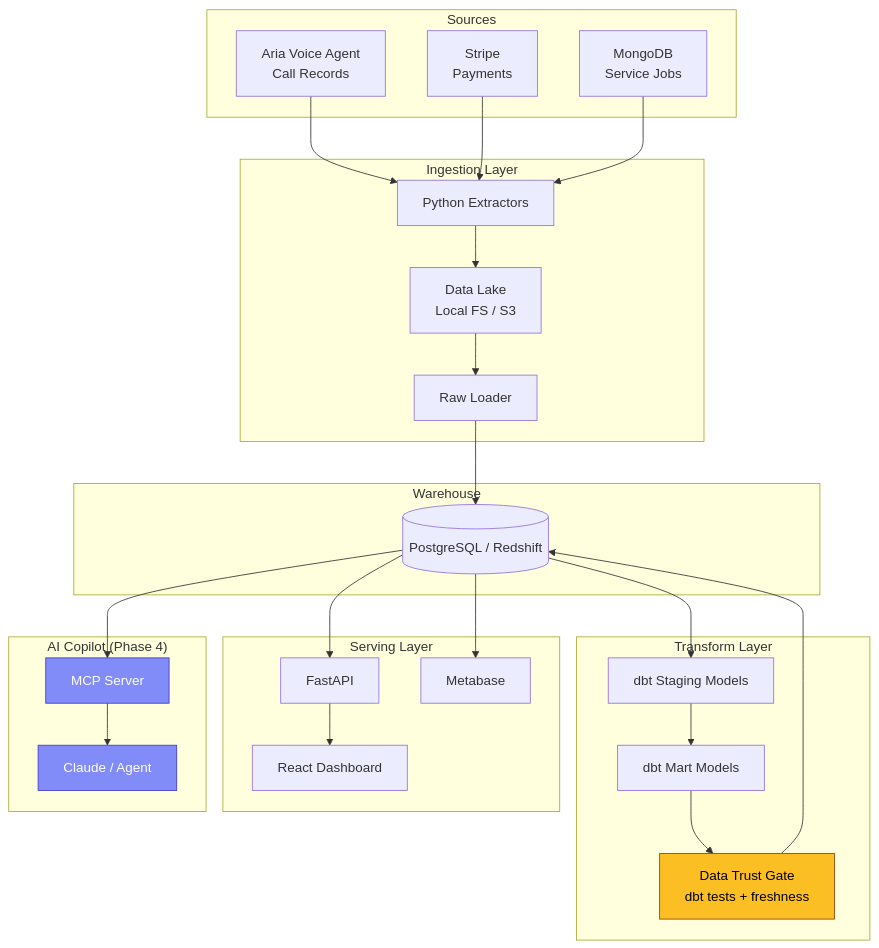
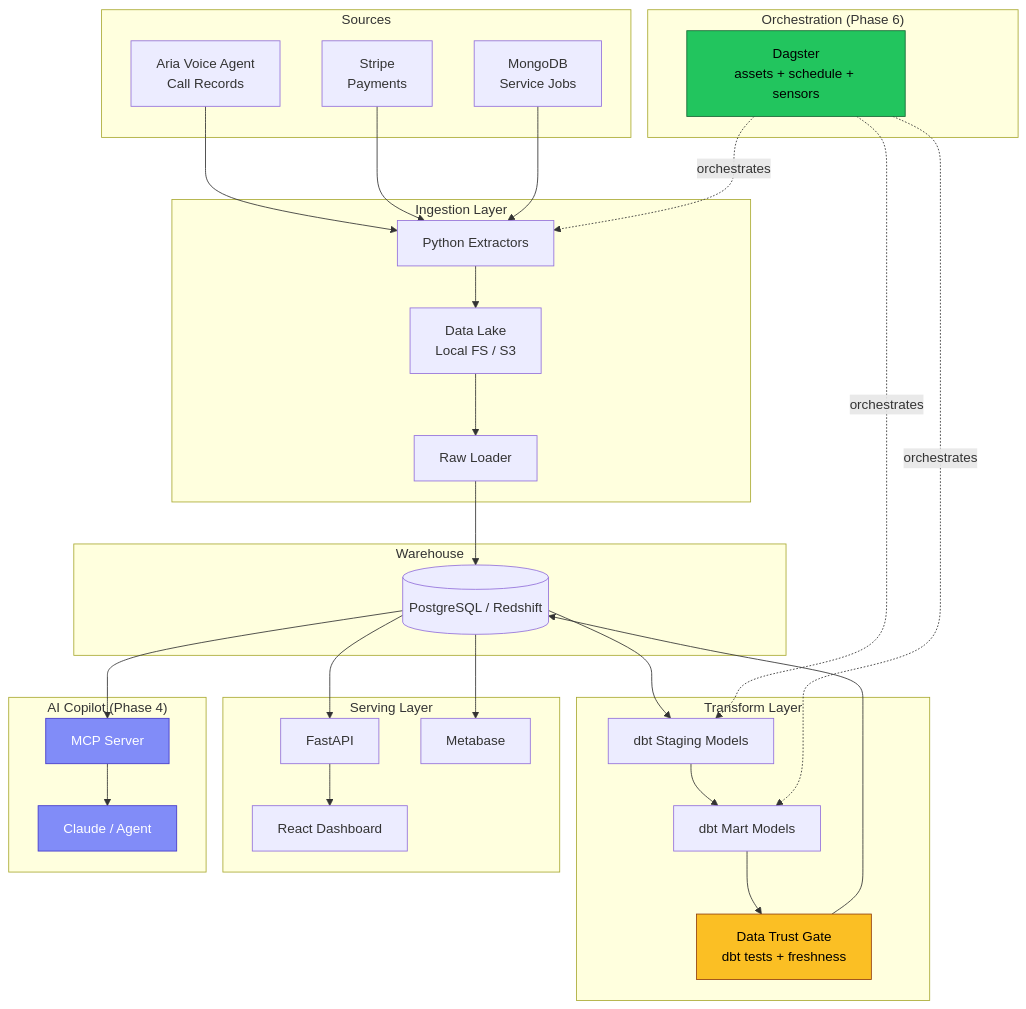
Before and after one commit to andrewbolaji/reckon: the first of 2 diagrams in README.md, drawn with Mermaid. The commit also changed other lines of this file and 53 other files, not shown here.

First line of the commit message:
Replace the pipeline scheduler with Dagster orchestration (#9)

````diff
--- a/README.md
+++ b/README.md
@@ -22,55 +22,63 @@
 ```mermaid
 graph TB
     subgraph Sources
         A[Aria Voice Agent<br/>Call Records]
         B[Stripe<br/>Payments]
         O[MongoDB<br/>Service Jobs]
+    end
+
+    subgraph OR["Orchestration (Phase 6)"]
+        P[Dagster<br/>assets + schedule + sensors]
     end
 
     subgraph IL["Ingestion Layer"]
         C[Python Extractors]
         D[Data Lake<br/>Local FS / S3]
         E[Raw Loader]
     end
 
     subgraph TL["Transform Layer"]
         F[dbt Staging Models]
         G[dbt Mart Models]
         H[Data Trust Gate<br/>dbt tests + freshness]
     end
 
     subgraph Warehouse
         I[(PostgreSQL / Redshift)]
     end
 
     subgraph SL["Serving Layer"]
         J[FastAPI]
         K[React Dashboard]
         L[Metabase]
     end
 
     subgraph CP["AI Copilot (Phase 4)"]
         M[MCP Server]
         N[Claude / Agent]
     end
 
     A --> C
     B --> C
     O --> C
     C --> D
     D --> E
     E --> I
     I --> F
     F --> G
     G --> H
     H --> I
     I --> J
     J --> K
     I --> L
     I --> M
     M --> N
+    P -.orchestrates.-> C
+    P -.orchestrates.-> F
+    P -.orchestrates.-> G
 
     style H fill:#fbbf24,stroke:#92400e,color:#000
     style M fill:#818cf8,stroke:#4338ca,color:#fff
     style N fill:#818cf8,stroke:#4338ca,color:#fff
+    style P fill:#22c55e,stroke:#166534,color:#000
 ```
````
